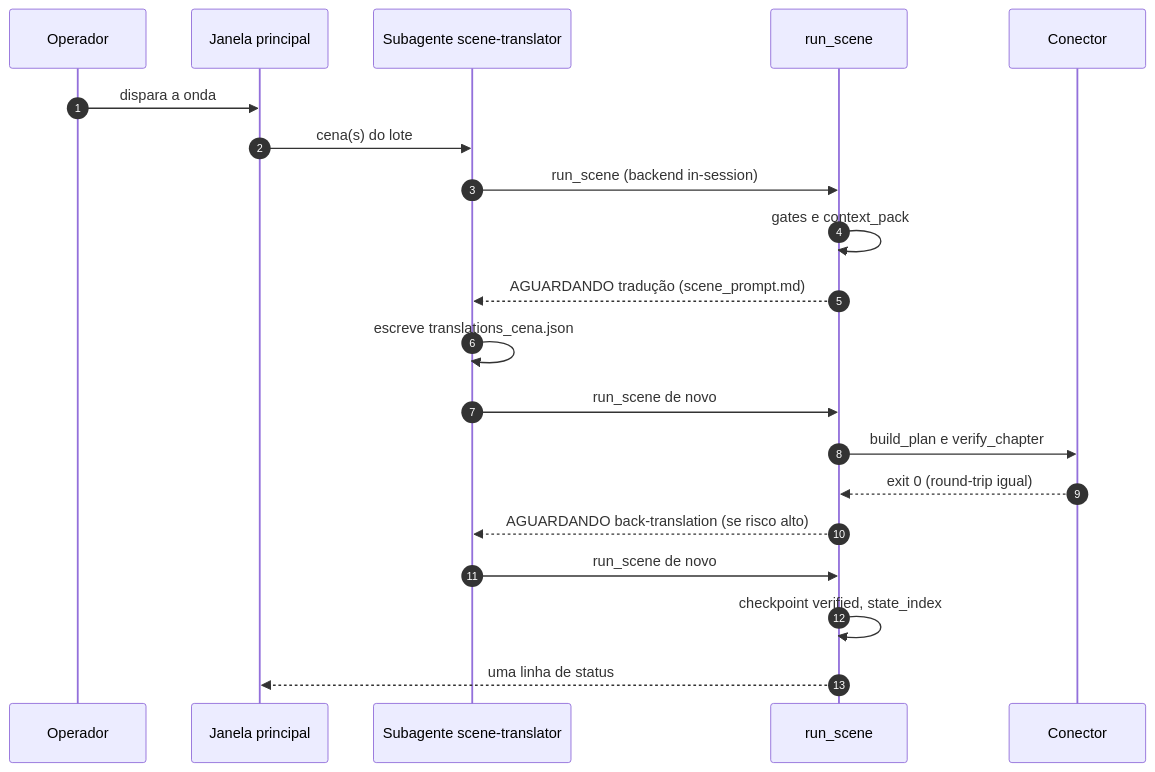
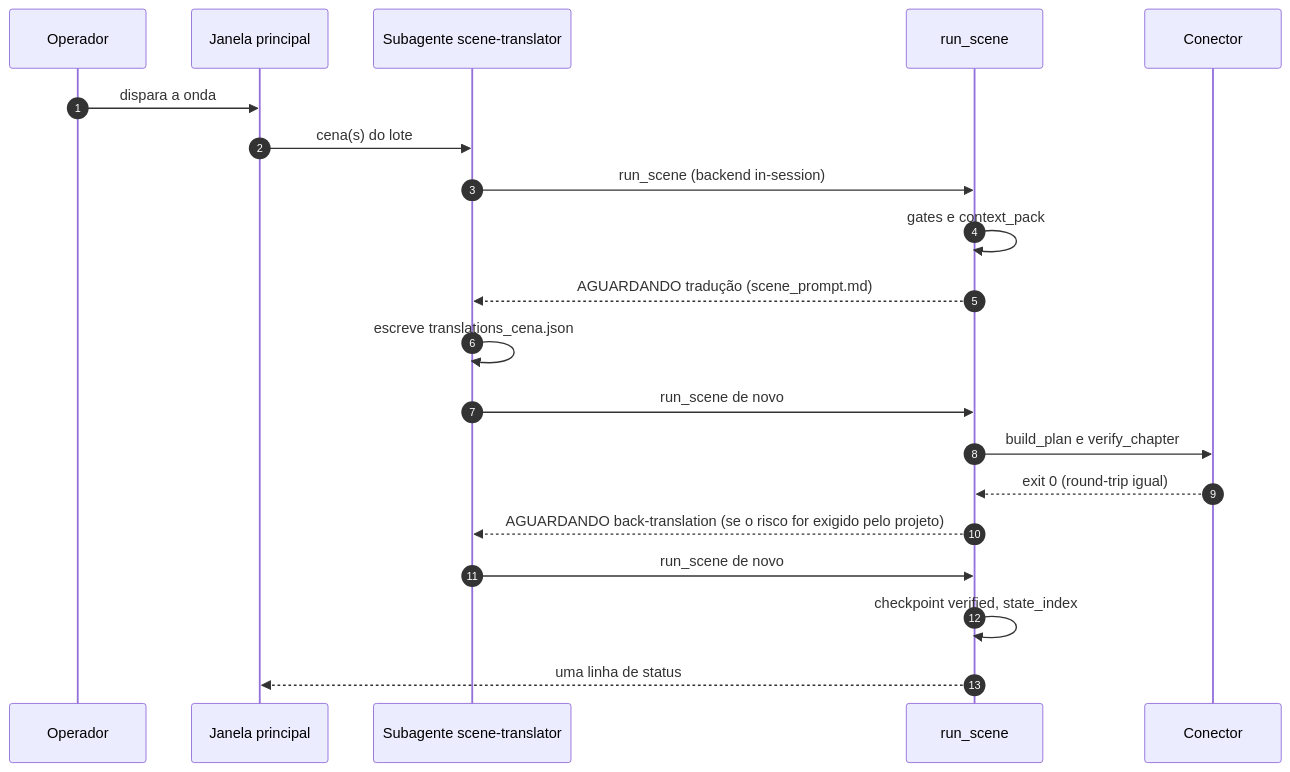
The sixth of 11 diagrams in docs/DIAGRAMAS.md (scudellerlemos/translation-cognition-framework), drawn with Mermaid before and after one commit. The commit also changed other lines of this file and 28 other files, not shown here.

````diff
--- a/docs/DIAGRAMAS.md
+++ b/docs/DIAGRAMAS.md
@@ -174,22 +174,22 @@
 ```mermaid
 sequenceDiagram
   autonumber
   participant O as Operador
   participant W as Janela principal
   participant S as Subagente scene-translator
   participant R as run_scene
   participant C as Conector
   O->>W: dispara a onda
   W->>S: cena(s) do lote
   S->>R: run_scene (backend in-session)
   R->>R: gates e context_pack
   R-->>S: AGUARDANDO tradução (scene_prompt.md)
   S->>S: escreve translations_cena.json
   S->>R: run_scene de novo
   R->>C: build_plan e verify_chapter
   C-->>R: exit 0 (round-trip igual)
-  R-->>S: AGUARDANDO back-translation (se risco alto)
+  R-->>S: AGUARDANDO back-translation (se o risco for exigido pelo projeto)
   S->>R: run_scene de novo
   R->>R: checkpoint verified, state_index
   R-->>W: uma linha de status
 ```
````
